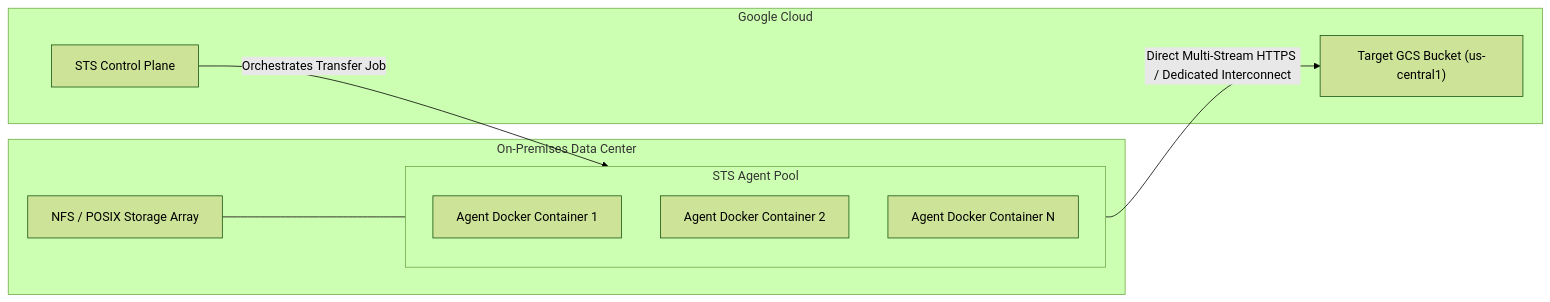
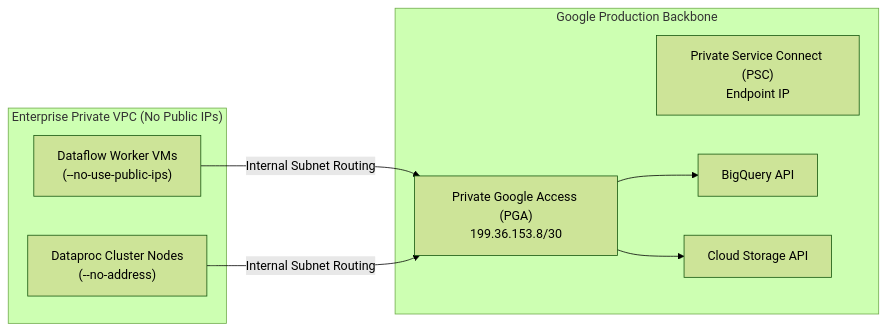
The second of 5 diagrams in 04_phase3_exam_domains/domain_2_ingesting_and_processing_data.md (rohithvishaal/GCP_PDE_Notes), drawn with Mermaid (forest theme) before and after one commit. The commit also changed other lines of this file and 8 other files, not shown here.

````diff
--- a/04_phase3_exam_domains/domain_2_ingesting_and_processing_data.md
+++ b/04_phase3_exam_domains/domain_2_ingesting_and_processing_data.md
@@ -59,20 +92,19 @@
 ```mermaid
 flowchart LR
-    subgraph On_Prem_Data_Center["On-Premises Data Center"]
-        NFS["NFS / POSIX Storage Array"]
-        subgraph STS_Pool["STS Agent Pool"]
-            Agent1["Agent Docker Container 1"]
-            Agent2["Agent Docker Container 2"]
-            AgentN["Agent Docker Container N"]
-        end
-        NFS --- STS_Pool
+    subgraph Private_VPC["Enterprise Private VPC (No Public IPs)"]
+        DF_Worker["Dataflow Worker VMs<br/>(--no-use-public-ips)"]
+        DP_Cluster["Dataproc Cluster Nodes<br/>(--no-address)"]
     end
 
-    subgraph Google_Cloud["Google Cloud"]
-        STS_API["STS Control Plane"]
-        TargetGCS["Target GCS Bucket (us-central1)"]
+    subgraph Google_Network["Google Production Backbone"]
+        PGA["Private Google Access (PGA)<br/>199.36.153.8/30"]
+        PSC["Private Service Connect (PSC)<br/>Endpoint IP"]
+        BQ_API["BigQuery API"]
+        GCS_API["Cloud Storage API"]
     end
 
-    STS_API -->|Orchestrates Transfer Job| STS_Pool
-    STS_Pool -->|Direct Multi-Stream HTTPS / Dedicated Interconnect| TargetGCS
+    DF_Worker -->|Internal Subnet Routing| PGA
+    DP_Cluster -->|Internal Subnet Routing| PGA
+    PGA --> BQ_API
+    PGA --> GCS_API
 ```
````
